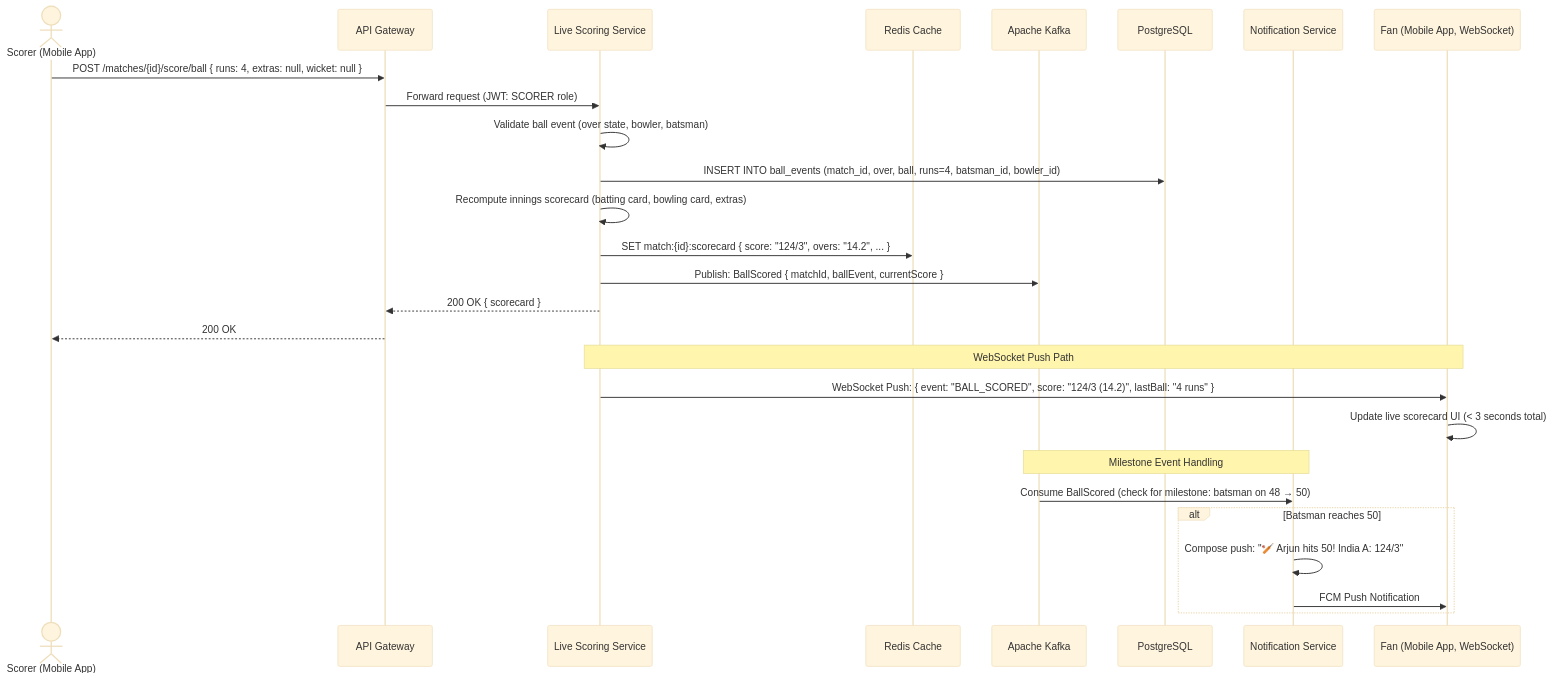
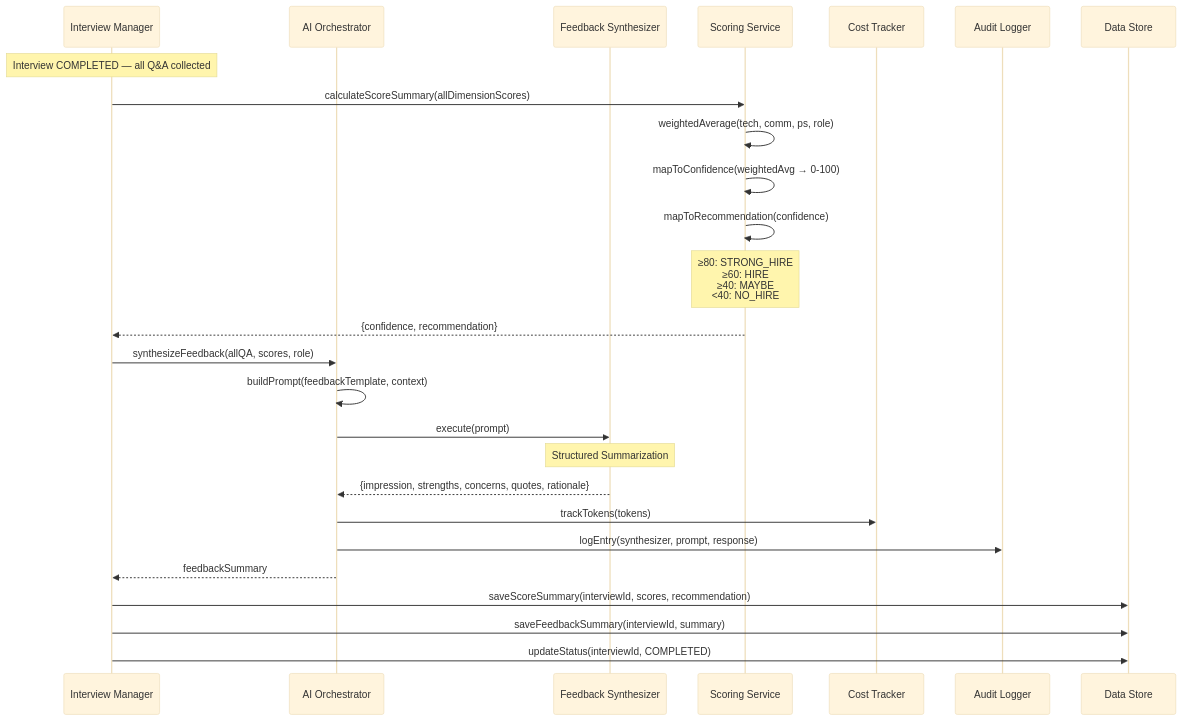
One commit to adityasinghz/kata changed the third of 4 diagrams in SEQUENCE_DIAGRAMS.md. Above: the diagram before and after it, drawn with Mermaid (base theme). The commit also changed other lines of this file and 20 other files, not shown here.

````diff
--- a/SEQUENCE_DIAGRAMS.md
+++ b/SEQUENCE_DIAGRAMS.md
@@ -43,32 +119,33 @@
 ```mermaid
 sequenceDiagram
-    actor Scorer as Scorer (Mobile App)
-    participant GW as API Gateway
-    participant SC as Live Scoring Service
-    participant REDIS as Redis Cache
-    participant KAFKA as Apache Kafka
-    participant PG as PostgreSQL
-    participant NOTIFY as Notification Service
-    participant FAN as Fan (Mobile App, WebSocket)
+    participant IM as Interview Manager
+    participant ORCH as AI Orchestrator
+    participant FS as Feedback Synthesizer
+    participant SS as Scoring Service
+    participant TC as Cost Tracker
+    participant AL as Audit Logger
+    participant DB as Data Store
 
-    Scorer->>GW: POST /matches/{id}/score/ball { runs: 4, extras: null, wicket: null }
-    GW->>SC: Forward request (JWT: SCORER role)
-    SC->>SC: Validate ball event (over state, bowler, batsman)
-    SC->>PG: INSERT INTO ball_events (match_id, over, ball, runs=4, batsman_id, bowler_id)
-    SC->>SC: Recompute innings scorecard (batting card, bowling card, extras)
-    SC->>REDIS: SET match:{id}:scorecard { score: "124/3", overs: "14.2", ... }
-    SC->>KAFKA: Publish: BallScored { matchId, ballEvent, currentScore }
-    SC-->>GW: 200 OK { scorecard }
-    GW-->>Scorer: 200 OK
+    Note over IM: Interview COMPLETED — all Q&A collected
 
-    Note over SC,FAN: WebSocket Push Path
-    SC->>FAN: WebSocket Push: { event: "BALL_SCORED", score: "124/3 (14.2)", lastBall: "4 runs" }
-    FAN->>FAN: Update live scorecard UI (< 3 seconds total)
+    IM->>SS: calculateScoreSummary(allDimensionScores)
+    SS->>SS: weightedAverage(tech, comm, ps, role)
+    SS->>SS: mapToConfidence(weightedAvg → 0-100)
+    SS->>SS: mapToRecommendation(confidence)
+    Note over SS: ≥80: STRONG_HIRE<br/>≥60: HIRE<br/>≥40: MAYBE<br/><40: NO_HIRE
 
-    Note over KAFKA,NOTIFY: Milestone Event Handling
-    KAFKA->>NOTIFY: Consume BallScored (check for milestone: batsman on 48 → 50)
-    alt Batsman reaches 50
-        NOTIFY->>NOTIFY: Compose push: "🏏 Arjun hits 50! India A: 124/3"
-        NOTIFY->>FAN: FCM Push Notification
-    end
+    SS-->>IM: {confidence, recommendation}
+
+    IM->>ORCH: synthesizeFeedback(allQA, scores, role)
+    ORCH->>ORCH: buildPrompt(feedbackTemplate, context)
+    ORCH->>FS: execute(prompt)
+    Note over FS: Structured Summarization
+    FS-->>ORCH: {impression, strengths, concerns, quotes, rationale}
+    ORCH->>TC: trackTokens(tokens)
+    ORCH->>AL: logEntry(synthesizer, prompt, response)
+    ORCH-->>IM: feedbackSummary
+
+    IM->>DB: saveScoreSummary(interviewId, scores, recommendation)
+    IM->>DB: saveFeedbackSummary(interviewId, summary)
+    IM->>DB: updateStatus(interviewId, COMPLETED)
 ```
````
